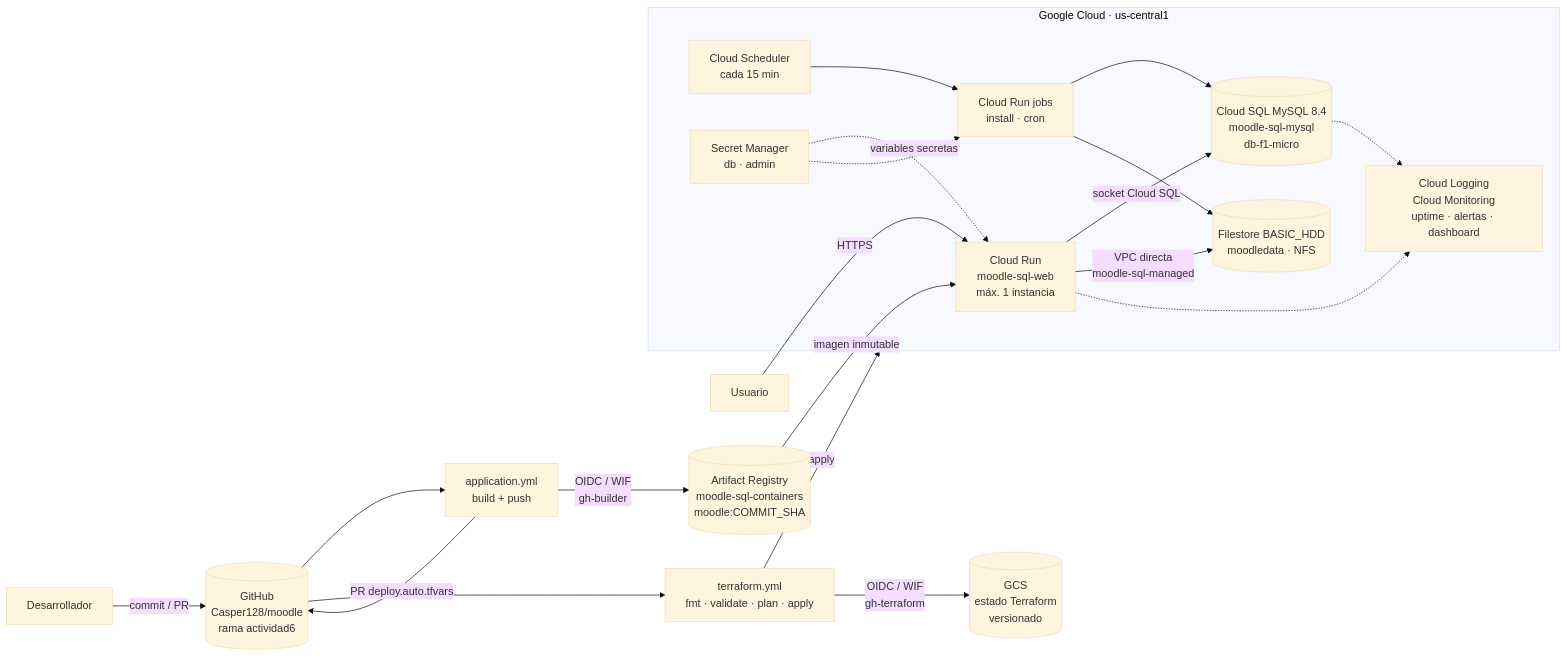
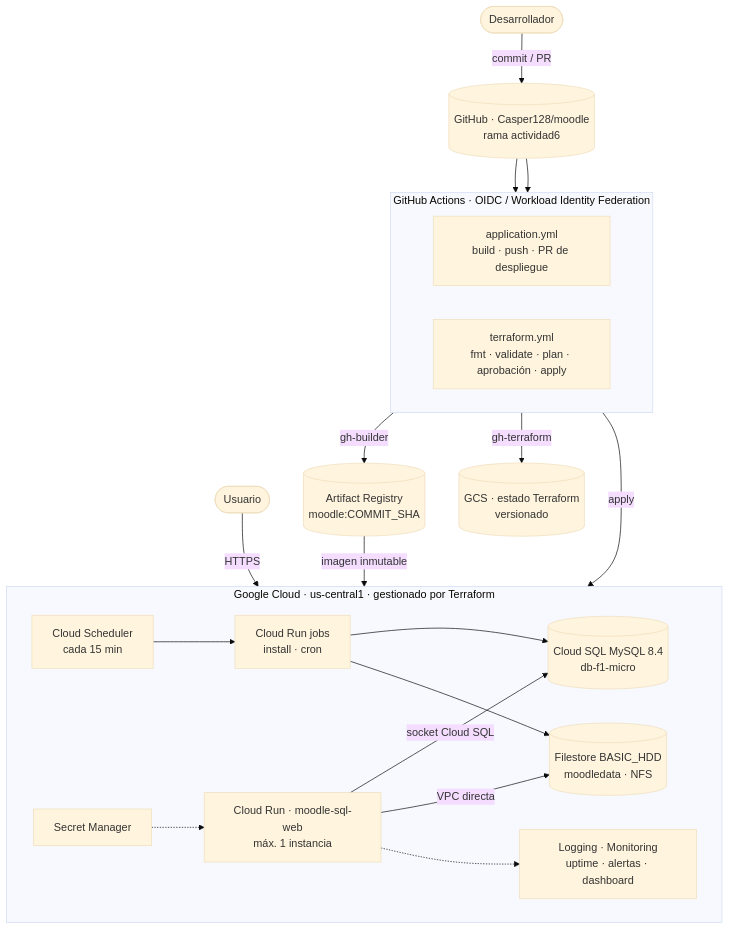
Before and after one commit to Casper128/moodle: the first of 2 diagrams in docs/arquitectura/arquitectura.md, drawn with Mermaid (base theme). The commit also changed 43 other files, not shown here.

````diff
--- a/docs/arquitectura/arquitectura.md
+++ b/docs/arquitectura/arquitectura.md
@@ -5,30 +5,35 @@
 ```mermaid
-flowchart LR
-  dev[Desarrollador] -->|commit / PR| gh[(GitHub<br/>Casper128/moodle<br/>rama actividad6)]
-  gh --> appwf[application.yml<br/>build + push]
-  gh --> tfwf[terraform.yml<br/>fmt · validate · plan · apply]
-  appwf -->|OIDC / WIF<br/>gh-builder| ar[(Artifact Registry<br/>moodle-sql-containers<br/>moodle:COMMIT_SHA)]
-  appwf -->|PR deploy.auto.tfvars| gh
-  tfwf -->|OIDC / WIF<br/>gh-terraform| tfstate[(GCS<br/>estado Terraform<br/>versionado)]
-  tfwf -->|apply| gcp
+flowchart TB
+  dev([Desarrollador]) -->|commit / PR| gh[(GitHub · Casper128/moodle<br/>rama actividad6)]
+  user([Usuario]) -->|HTTPS| run
 
-  subgraph gcp[Google Cloud · us-central1]
-    run[Cloud Run<br/>moodle-sql-web<br/>máx. 1 instancia]
+  subgraph cicd[GitHub Actions · OIDC / Workload Identity Federation]
+    direction LR
+    appwf[application.yml<br/>build · push · PR de despliegue]
+    tfwf[terraform.yml<br/>fmt · validate · plan · aprobación · apply]
+  end
+  gh --> appwf
+  gh --> tfwf
+  appwf -->|gh-builder| ar[(Artifact Registry<br/>moodle:COMMIT_SHA)]
+  tfwf -->|gh-terraform| tfstate[(GCS · estado Terraform<br/>versionado)]
+
+  subgraph gcp[Google Cloud · us-central1 · gestionado por Terraform]
+    direction LR
+    run[Cloud Run · moodle-sql-web<br/>máx. 1 instancia]
     jobs[Cloud Run jobs<br/>install · cron]
-    sched[Cloud Scheduler<br/>cada 15 min] --> jobs
-    sql[(Cloud SQL MySQL 8.4<br/>moodle-sql-mysql<br/>db-f1-micro)]
+    sched[Cloud Scheduler<br/>cada 15 min]
+    sm[Secret Manager]
+    sql[(Cloud SQL MySQL 8.4<br/>db-f1-micro)]
     fs[(Filestore BASIC_HDD<br/>moodledata · NFS)]
-    sm[Secret Manager<br/>db · admin]
-    mon[Cloud Logging<br/>Cloud Monitoring<br/>uptime · alertas · dashboard]
+    mon[Logging · Monitoring<br/>uptime · alertas · dashboard]
+    sched --> jobs
     run -->|socket Cloud SQL| sql
     jobs --> sql
-    run -->|VPC directa<br/>moodle-sql-managed| fs
+    run -->|VPC directa| fs
     jobs --> fs
-    sm -.->|variables secretas| run
-    sm -.-> jobs
+    sm -.-> run
     run -.-> mon
-    sql -.-> mon
   end
   ar -->|imagen inmutable| run
-  user[Usuario] -->|HTTPS| run
+  tfwf -->|apply| run
 ```
````
